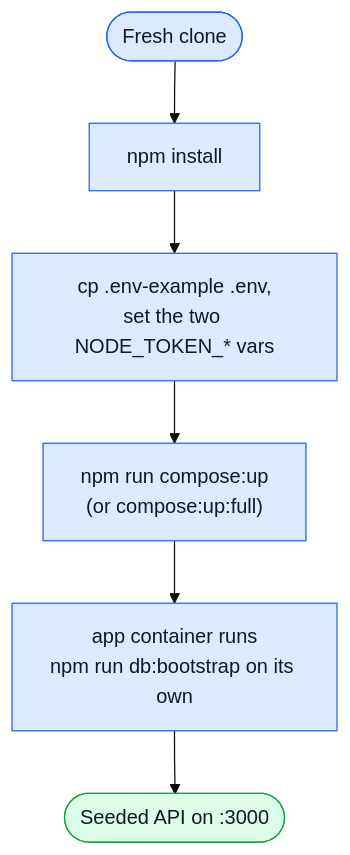
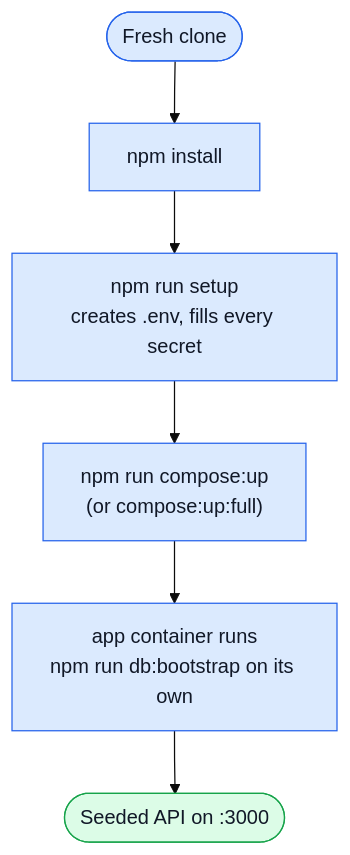
One commit to Guebbit/boilerplate-node-backend changed the first of 2 diagrams in docs/getting-started.md. Above: the diagram before and after it, drawn with Mermaid (base theme). The commit also changed other lines of this file and 11 other files, not shown here.

First line of the commit message:
feat(setup): npm run setup fills every placeholder secret on first run

````diff
--- a/docs/getting-started.md
+++ b/docs/getting-started.md
@@ -13,13 +14,13 @@
 ```mermaid
 flowchart TD
     Clone(["Fresh clone"]) --> Install["npm install"]
-    Install --> Env["cp .env-example .env,\nset the two NODE_TOKEN_* vars"]
-    Env --> Up["npm run compose:up\n(or compose:up:full)"]
+    Install --> Setup["npm run setup\ncreates .env, fills every secret"]
+    Setup --> Up["npm run compose:up\n(or compose:up:full)"]
     Up --> Boot["app container runs\nnpm run db:bootstrap on its own"]
     Boot --> Ready(["Seeded API on :3000"])
 
     classDef step fill:#dbeafe,stroke:#2563eb,color:#111827;
     classDef done fill:#dcfce7,stroke:#16a34a,color:#111827;
-    class Clone,Install,Env,Up,Boot step;
+    class Clone,Install,Setup,Up,Boot step;
     class Ready done;
 ```
````
